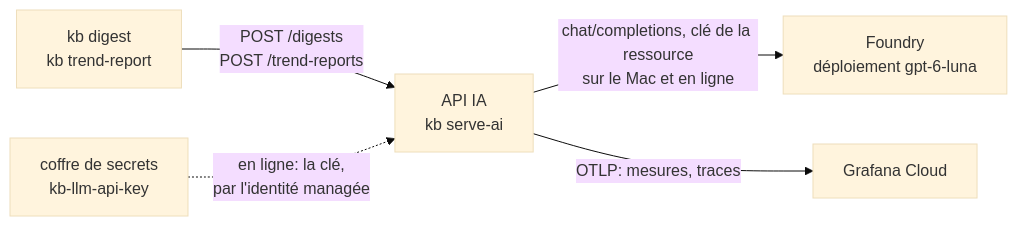
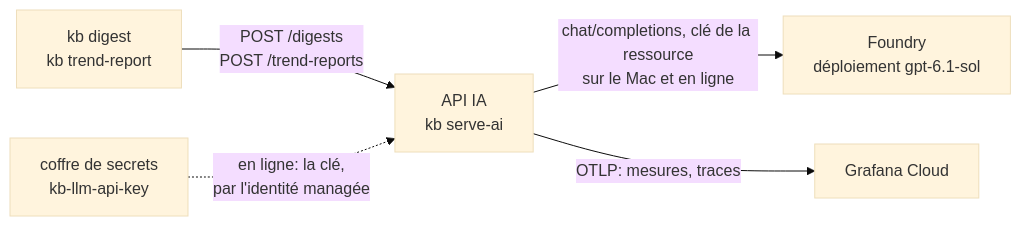
One commit to SabineLaurent/K-B changed the diagram in documentation/service_ia_pour_docu.md. Above: the diagram before and after it, drawn with Mermaid (base theme). The commit also changed other lines of this file, not shown here.

Commit message:
docs: move the sheet of the AI service to the gpt-6.1-sol deployment, with its test of 2026-11-17 and the TLS workaround as a limit, and give its diagram an accessible title and description (issues 167, 623)

````diff
--- a/documentation/service_ia_pour_docu.md
+++ b/documentation/service_ia_pour_docu.md
@@ -278,7 +307,9 @@
 ```mermaid
 flowchart LR
+    accTitle: Qui appelle le service d'IA et ce dont l'appel dépend
+    accDescr: kb digest et kb trend-report appellent l'API IA, qui appelle le déploiement gpt-6.1-sol de Foundry par la clé de la ressource et envoie ses mesures et ses traces à Grafana Cloud. En ligne, la clé vient du coffre de secrets, par l'identité managée.
     digest["kb digest<br>kb trend-report"] -->|"POST /digests<br>POST /trend-reports"| ai["API IA<br>kb serve-ai"]
-    ai -->|"chat/completions, clé de la ressource<br>sur le Mac et en ligne"| model["Foundry<br>déploiement gpt-6-luna"]
+    ai -->|"chat/completions, clé de la ressource<br>sur le Mac et en ligne"| model["Foundry<br>déploiement gpt-6.1-sol"]
     ai -->|"OTLP: mesures, traces"| grafana["Grafana Cloud"]
     vault["coffre de secrets<br>kb-llm-api-key"] -.->|"en ligne: la clé,<br>par l'identité managée"| ai
 ```
````
